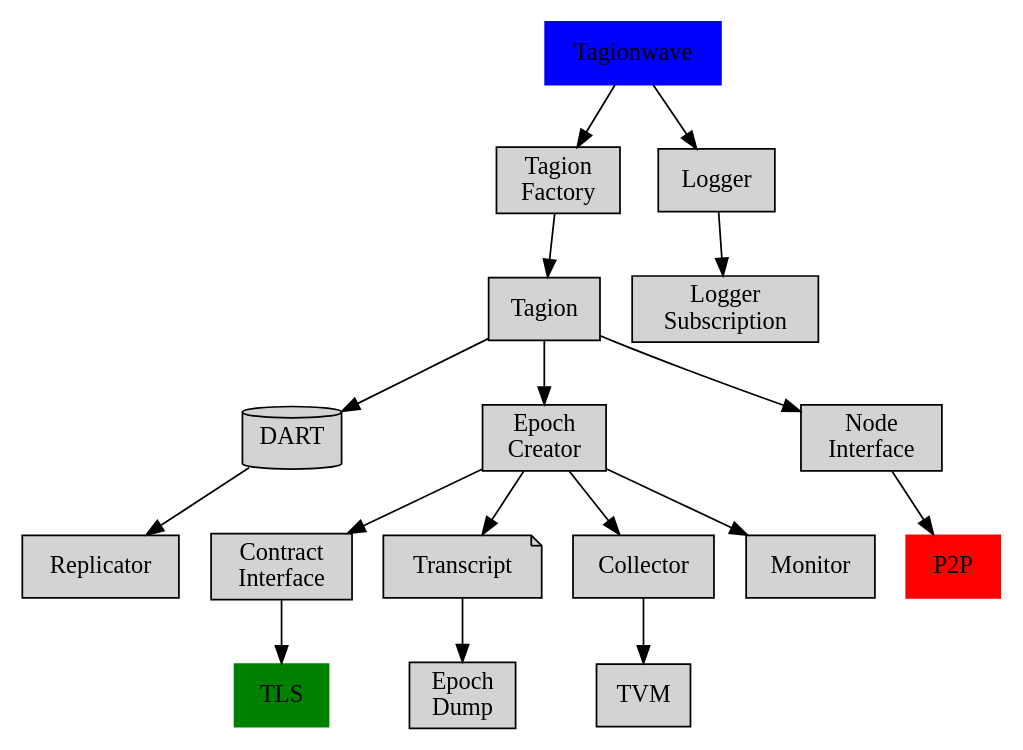
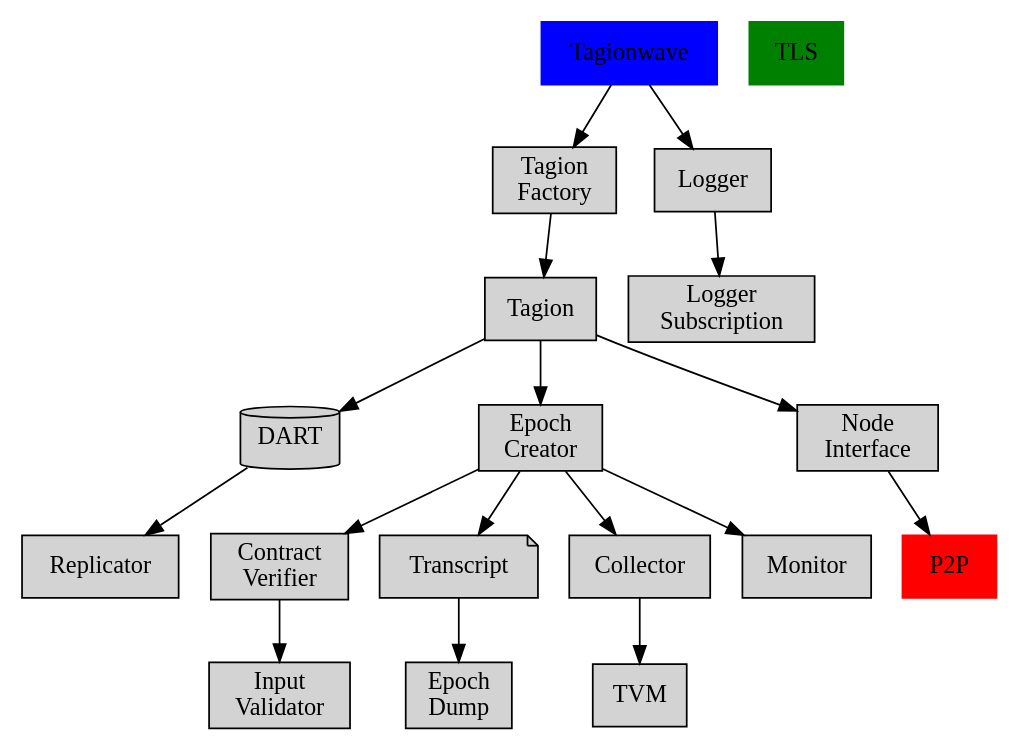
Before and after one commit to tagion/tagion: the second of 2 diagrams in documents/architecture/Network_Architecture.md, drawn with Graphviz. The commit also changed other lines of this file, not shown here.

Commit message:
WIP: Updating the core architecture documentation

````diff
--- a/documents/architecture/Network_Architecture.md
+++ b/documents/architecture/Network_Architecture.md
@@ -131,34 +70,35 @@
 ```graphviz
 digraph tagion_hierarchy {
     rankdir=UD;
     size="8,5"
    node [style=filled shape=rect]
+   Input [ label="Input\nValidator" ]
 Tagionwave [color=blue]
 TagionFactory [label="Tagion\nFactory"]
 DART [shape = cylinder]
-ContractInterface [label="Contract\nInterface"]
+ContractVerifier [label="Contract\nVerifier"]
 Transcript [shape = note]
 Collector [shape=rect]
 EpochCreator [label="Epoch\nCreator"]
 EpochDump [label="Epoch\nDump"]
 NodeInterface [shape=rect label="Node\nInterface"]
 LoggerSubscription [label="Logger\nSubscription"]
 TLS [color=green]
 P2P [color=red]
 node [shape = rect];
 	Tagionwave -> Logger -> LoggerSubscription;
 	Tagionwave -> TagionFactory;
 	TagionFactory -> Tagion;
 	Tagion -> NodeInterface -> P2P;
 	DART -> Replicator;
 	Tagion -> DART;
     Tagion -> EpochCreator;
-	EpochCreator -> ContractInterface [href="/documents/architecture/ContractInterface.md"];
+	EpochCreator -> ContractVerifier [href="/documents/architecture/ContractVerifier.md"];
 	EpochCreator -> Transcript;
 	EpochCreator -> Collector;
 	Transcript -> EpochDump;
 	EpochCreator -> Monitor;
 	Collector -> TVM;
-	ContractInterface -> TLS;
+	ContractVerifier -> Input;
 }
 ```
````
